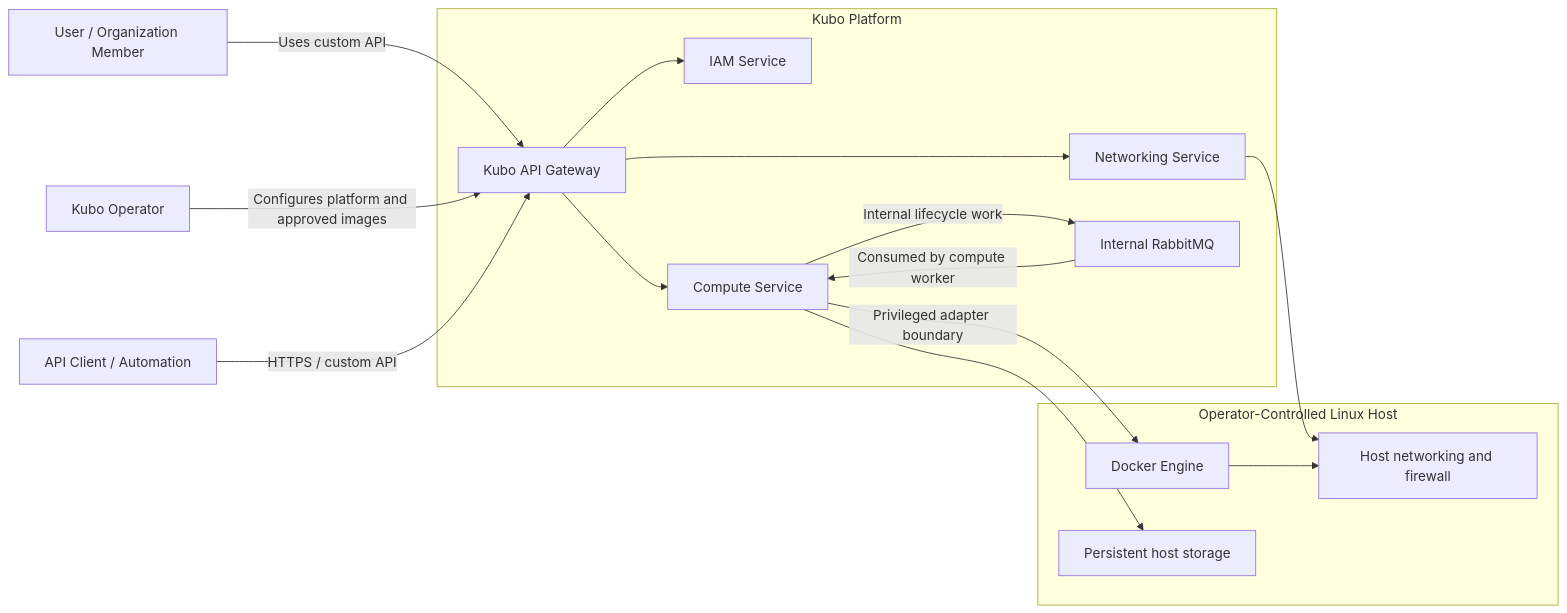
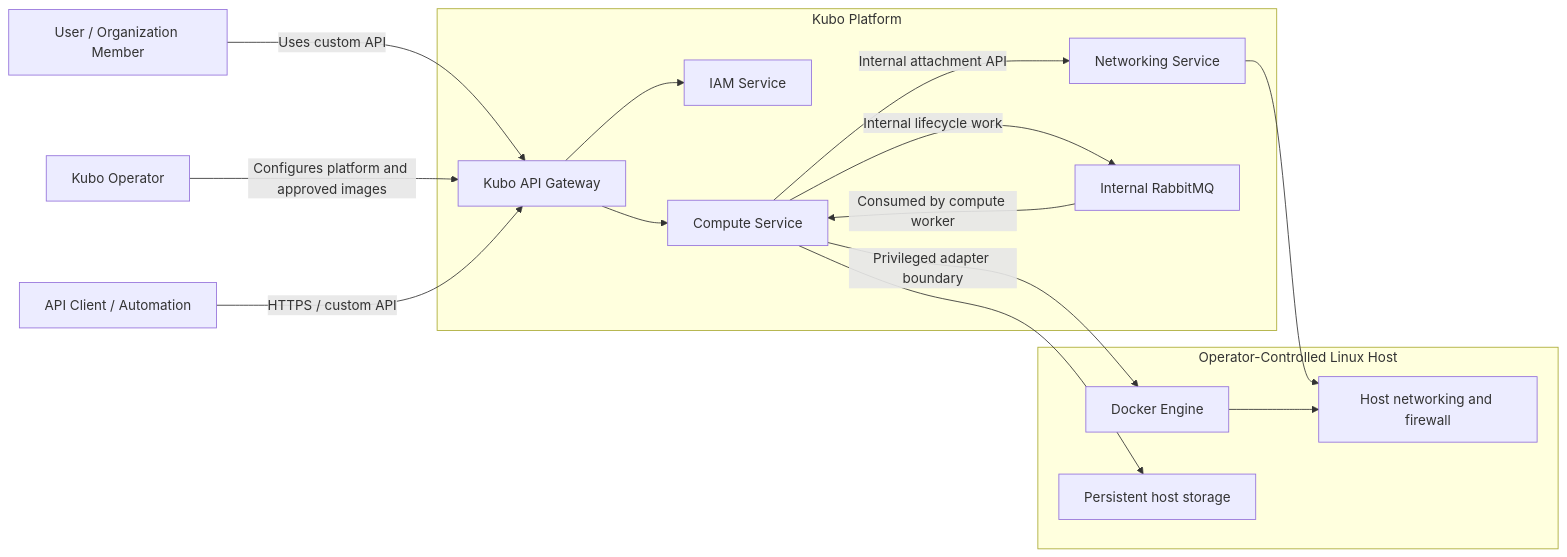
The diagram in docs/architecture/system-context.md (Dixit-Dhruv/Kubo), drawn with Mermaid before and after one commit. The commit also changed 26 other files, not shown here.

````diff
--- a/docs/architecture/system-context.md
+++ b/docs/architecture/system-context.md
@@ -11,33 +11,33 @@
 ```mermaid
 flowchart LR
     User["User / Organization Member"]
     Admin["Kubo Operator"]
     Client["API Client / Automation"]
 
     subgraph KUBO["Kubo Platform"]
         Gateway["Kubo API Gateway"]
         IAM["IAM Service"]
         Compute["Compute Service"]
         Network["Networking Service"]
         Broker["Internal RabbitMQ"]
     end
 
     subgraph HOST["Operator-Controlled Linux Host"]
         Docker["Docker Engine"]
         Disk["Persistent host storage"]
         Firewall["Host networking and firewall"]
     end
 
     User -->|"Uses custom API"| Gateway
     Admin -->|"Configures platform and approved images"| Gateway
     Client -->|"HTTPS / custom API"| Gateway
     Gateway --> IAM
     Gateway --> Compute
-    Gateway --> Network
+    Compute -->|"Internal attachment API"| Network
     Compute -->|"Internal lifecycle work"| Broker
     Broker -->|"Consumed by compute worker"| Compute
     Compute -->|"Privileged adapter boundary"| Docker
     Compute --> Disk
     Network --> Firewall
     Docker --> Firewall
 ```
````
